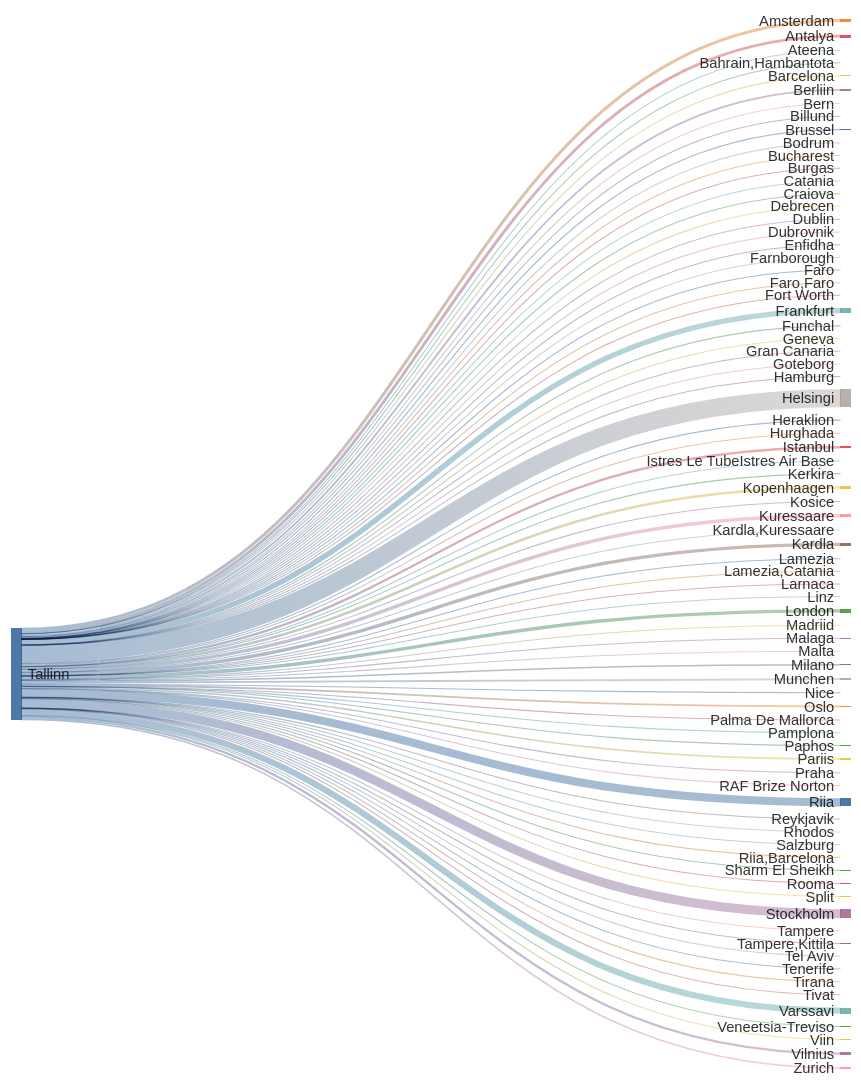
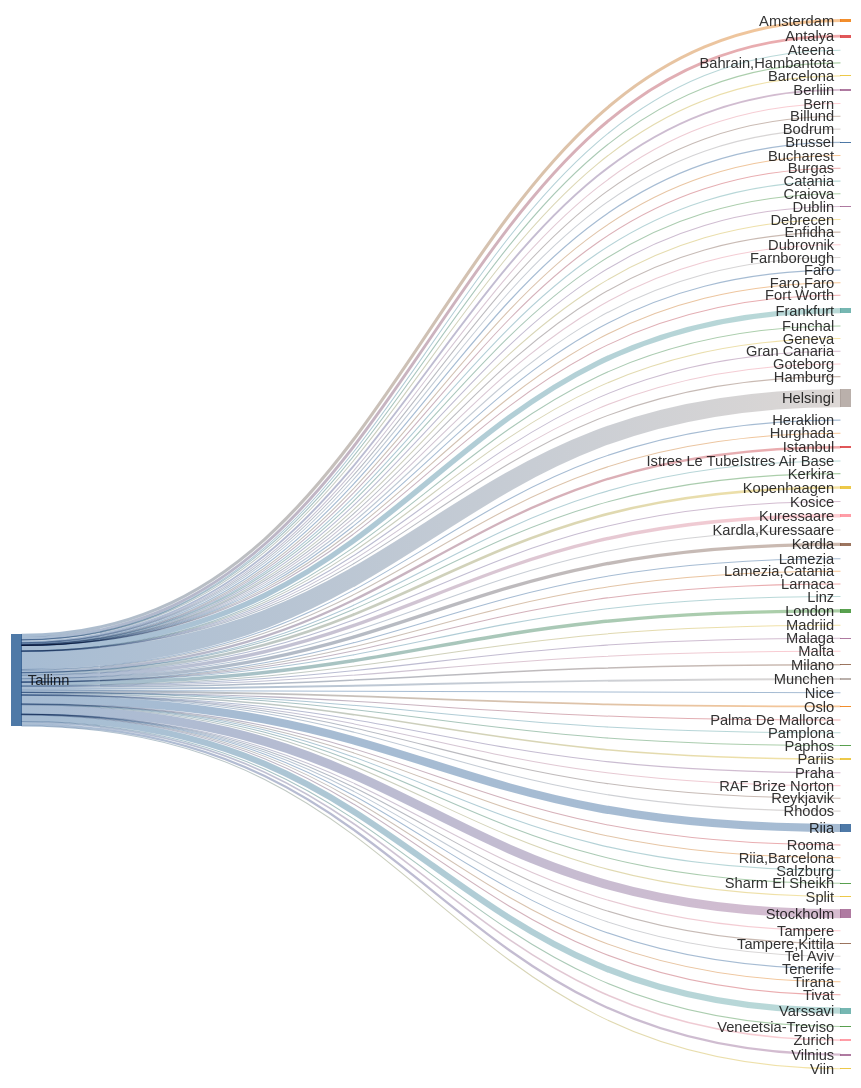
Before and after one commit to rainermesi/tll-airport-departures: the second of 2 diagrams in README.md, drawn with Mermaid. The commit also changed other lines of this file and 1 other file, not shown here.

````diff
--- a/README.md
+++ b/README.md
@@ -41,11 +41,11 @@
 ---
 sankey-beta
 %% source,target,value
-Tallinn,Amsterdam,577
-Tallinn,Antalya,549
+Tallinn,Amsterdam,579
+Tallinn,Antalya,553
 Tallinn,Ateena,16
 Tallinn,"Bahrain,Hambantota",1
-Tallinn,Barcelona,161
+Tallinn,Barcelona,163
 Tallinn,Berliin,360
 Tallinn,Bern,1
 Tallinn,Billund,87
@@ -63,36 +63,36 @@
 Tallinn,Faro,4
 Tallinn,"Faro,Faro",1
 Tallinn,Fort Worth,1
-Tallinn,Frankfurt,1010
+Tallinn,Frankfurt,1012
 Tallinn,Funchal,8
 Tallinn,Geneva,13
 Tallinn,Gran Canaria,38
 Tallinn,Goteborg,2
 Tallinn,Hamburg,2
-Tallinn,Helsingi,3385
-Tallinn,Heraklion,133
+Tallinn,Helsingi,3392
+Tallinn,Heraklion,134
 Tallinn,Hurghada,76
-Tallinn,Istanbul,439
+Tallinn,Istanbul,440
 Tallinn,Istres Le TubeIstres Air Base,2
 Tallinn,Kerkira,4
-Tallinn,Kopenhaagen,487
+Tallinn,Kopenhaagen,489
 Tallinn,Kosice,1
-Tallinn,Kuressaare,642
-Tallinn,Kardla,644
+Tallinn,Kuressaare,643
+Tallinn,Kardla,645
 Tallinn,"Kardla,Kuressaare",1
 Tallinn,Lamezia,5
 Tallinn,"Lamezia,Catania",3
 Tallinn,Larnaca,8
 Tallinn,Linz,2
-Tallinn,London,655
+Tallinn,London,656
 Tallinn,Madriid,5
-Tallinn,Malaga,139
-Tallinn,Malta,35
+Tallinn,Malaga,140
+Tallinn,Malta,36
 Tallinn,Milano,285
-Tallinn,Munchen,362
+Tallinn,Munchen,363
 Tallinn,Nice,65
 Tallinn,Oslo,340
-Tallinn,Palma De Mallorca,39
+Tallinn,Palma De Mallorca,40
 Tallinn,Pamplona,1
 Tallinn,Paphos,66
 Tallinn,Pariis,303
@@ -100,24 +100,24 @@
 Tallinn,RAF Brize Norton,1
 Tallinn,Reykjavik,20
 Tallinn,Rhodos,73
-Tallinn,Riia,1538
+Tallinn,Riia,1543
 Tallinn,"Riia,Barcelona",1
 Tallinn,Rooma,80
 Tallinn,Salzburg,14
-Tallinn,Sharm El Sheikh,118
+Tallinn,Sharm El Sheikh,119
 Tallinn,Split,66
-Tallinn,Stockholm,1695
+Tallinn,Stockholm,1698
 Tallinn,Tampere,17
 Tallinn,"Tampere,Kittila",21
 Tallinn,Tel Aviv,2
 Tallinn,Tenerife,58
 Tallinn,Tirana,42
 Tallinn,Tivat,79
-Tallinn,Varssavi,1174
+Tallinn,Varssavi,1177
 Tallinn,Veneetsia-Treviso,67
 Tallinn,Viin,106
 Tallinn,Vilnius,430
-Tallinn,Zurich,304
+Tallinn,Zurich,305
 
 
 ```
````
